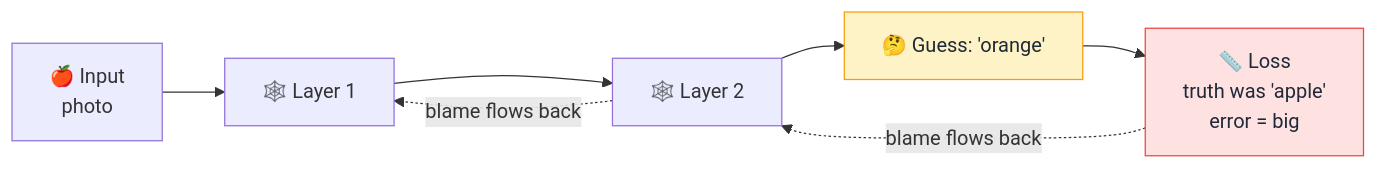
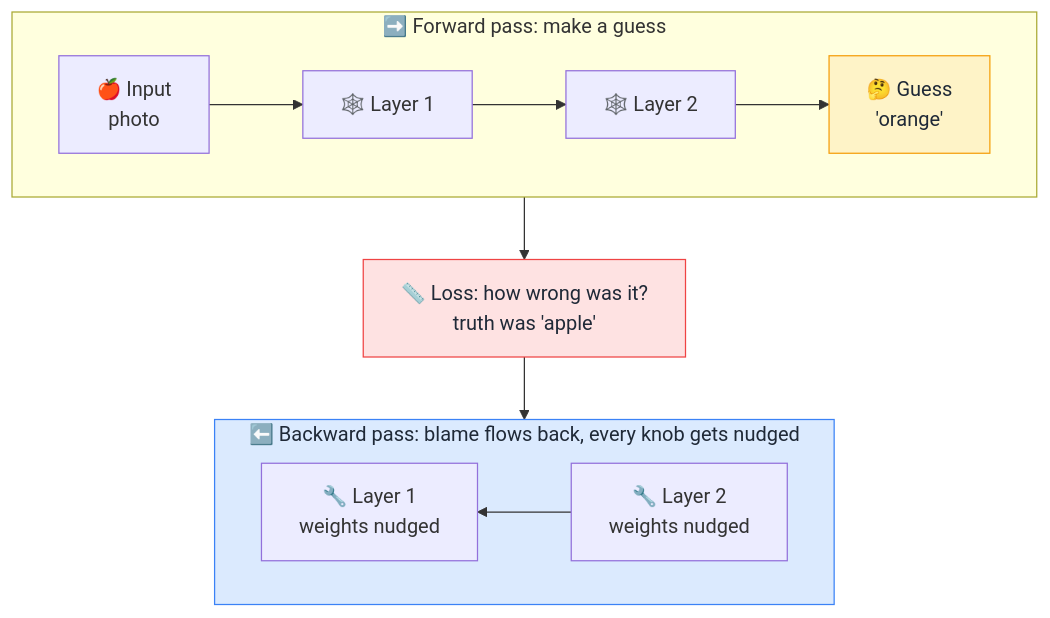
The diagram in concepts/backpropagation.md (HailinJiang/ai-for-beginners-visual), drawn with Mermaid before and after one commit.

Commit message:
Redraw backpropagation diagram as two labelled passes
The dotted "blame flows back" edges looped over the forward chain, so
their labels collided with the layer boxes. Split the diagram into a
forward-pass subgraph and a backward-pass subgraph with the loss between
them: the direction is carried by the subgraph titles instead of edge
labels, and nothing overlaps in either theme.

Claude-Session: https://claude.ai/code/session_015ALMe1poRPXKE3wLe3xkkj

````diff
--- a/concepts/backpropagation.md
+++ b/concepts/backpropagation.md
@@ -7,11 +7,16 @@
 ```mermaid
-flowchart LR
-    I["🍎 Input<br/>photo"] --> H1["🕸️ Layer 1"]
-    H1 --> H2["🕸️ Layer 2"]
-    H2 --> G["🤔 Guess: 'orange'"]
-    G --> L["📏 Loss<br/>truth was 'apple'<br/>error = big"]
-    L -.->|"blame flows back"| H2
-    H2 -.->|"blame flows back"| H1
+flowchart TB
+    subgraph FWD["➡️ Forward pass: make a guess"]
+    direction LR
+    I["🍎 Input<br/>photo"] --> H1["🕸️ Layer 1"] --> H2["🕸️ Layer 2"] --> G["🤔 Guess<br/>'orange'"]
+    end
+    G --> L["📏 Loss: how wrong was it?<br/>truth was 'apple'"]
+    L --> B2
+    subgraph BWD["⬅️ Backward pass: blame flows back, every knob gets nudged"]
+    direction RL
+    B2["🔧 Layer 2<br/>weights nudged"] --> B1["🔧 Layer 1<br/>weights nudged"]
+    end
     style G fill:#fef3c7,stroke:#f59e0b,color:#1f2937
     style L fill:#fee2e2,stroke:#ef4444,color:#1f2937
+    style BWD fill:#dbeafe,stroke:#3b82f6,color:#1f2937
 ```
````
